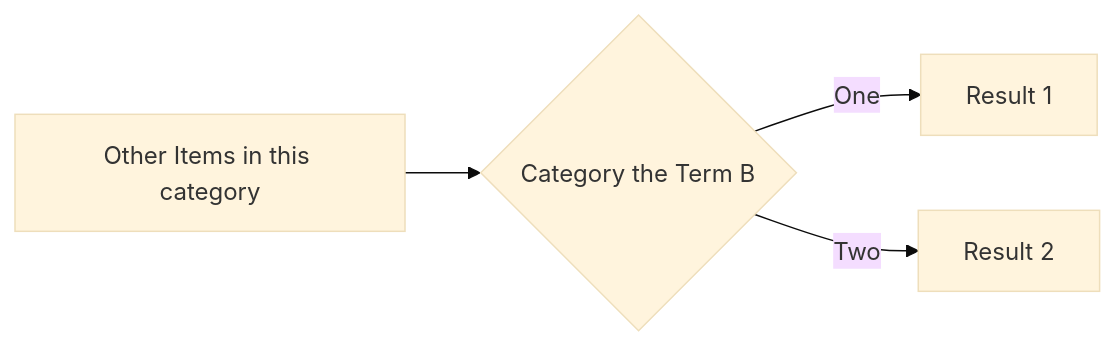
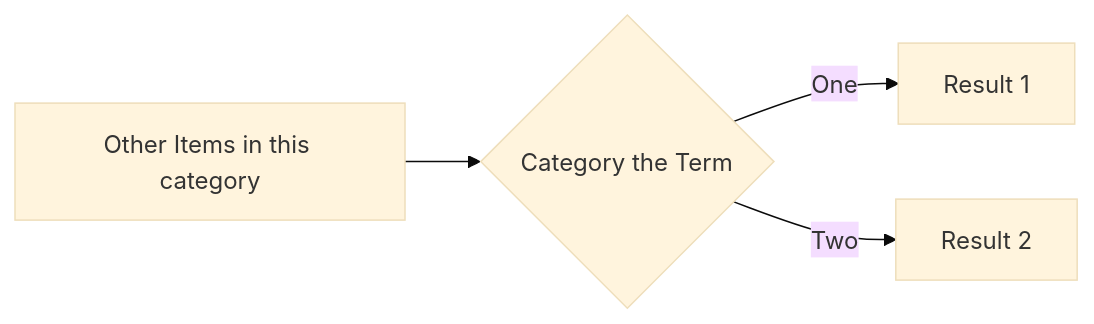
One commit to gerbssusd/dok changed the diagram in slides.md. Above: the diagram before and after it, drawn with Mermaid (base theme).

````diff
--- a/slides.md
+++ b/slides.md
@@ -217,6 +217,6 @@
 ```mermaid {theme: 'neutral', scale: 0.8}
 graph LR
-B[Other Items in this category] --> C{Category the Term B}
+B[Other Items in this category] --> C{Category the Term }
 C -->|One| D[Result 1]
 C -->|Two| E[Result 2]
 ```
````
